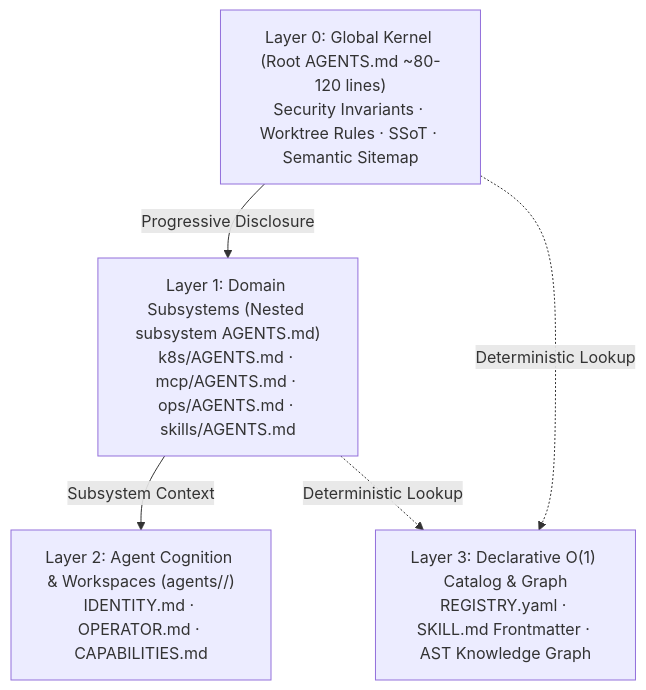
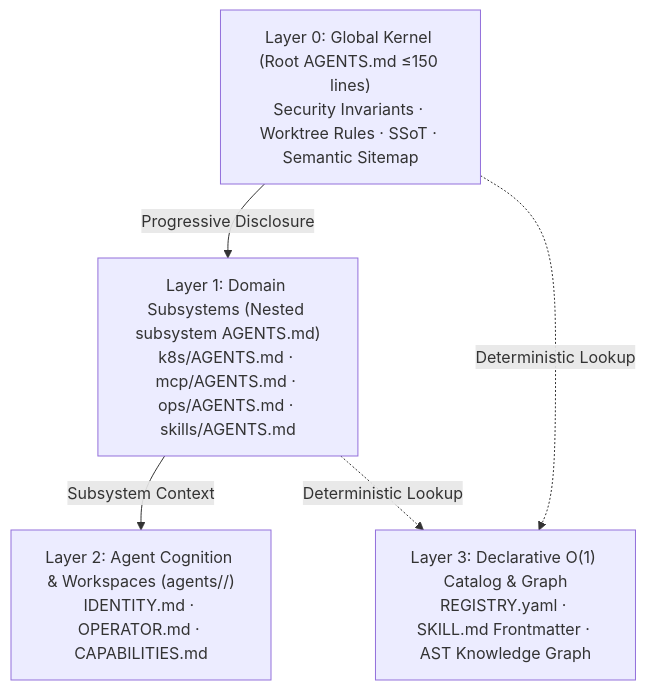
Before and after one commit to LFTPadilla/agent-dev-kit: the second of 2 diagrams in docs/agent-native-architecture.md, drawn with Mermaid. The commit also changed other lines of this file and 10 other files, not shown here.

````diff
--- a/docs/agent-native-architecture.md
+++ b/docs/agent-native-architecture.md
@@ -54,15 +54,15 @@
 ```mermaid
 graph TD
-    L0["Layer 0: Global Kernel (Root AGENTS.md ~80-120 lines)\nSecurity Invariants · Worktree Rules · SSoT · Semantic Sitemap"]
+    L0["Layer 0: Global Kernel (Root AGENTS.md ≤150 lines)\nSecurity Invariants · Worktree Rules · SSoT · Semantic Sitemap"]
     
     L1["Layer 1: Domain Subsystems (Nested subsystem AGENTS.md)\nk8s/AGENTS.md · mcp/AGENTS.md · ops/AGENTS.md · skills/AGENTS.md"]
     
     L2["Layer 2: Agent Cognition & Workspaces (agents/<slug>/)\nIDENTITY.md · OPERATOR.md · CAPABILITIES.md"]
     
     L3["Layer 3: Declarative O(1) Catalog & Graph\nREGISTRY.yaml · SKILL.md Frontmatter · AST Knowledge Graph"]
 
     L0 -->|Progressive Disclosure| L1
     L1 -->|Subsystem Context| L2
     L0 -.->|Deterministic Lookup| L3
     L1 -.->|Deterministic Lookup| L3
 ```
````
